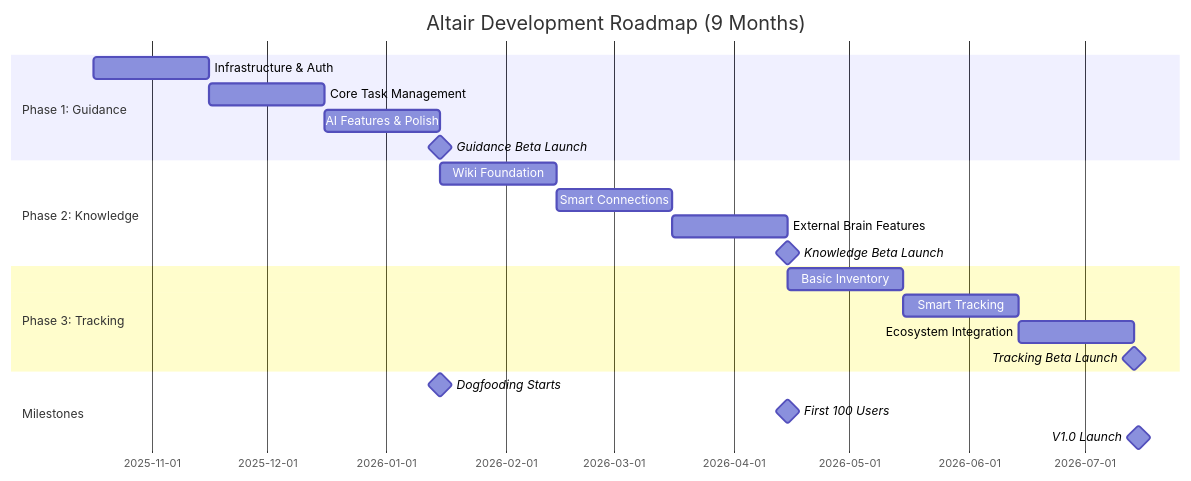
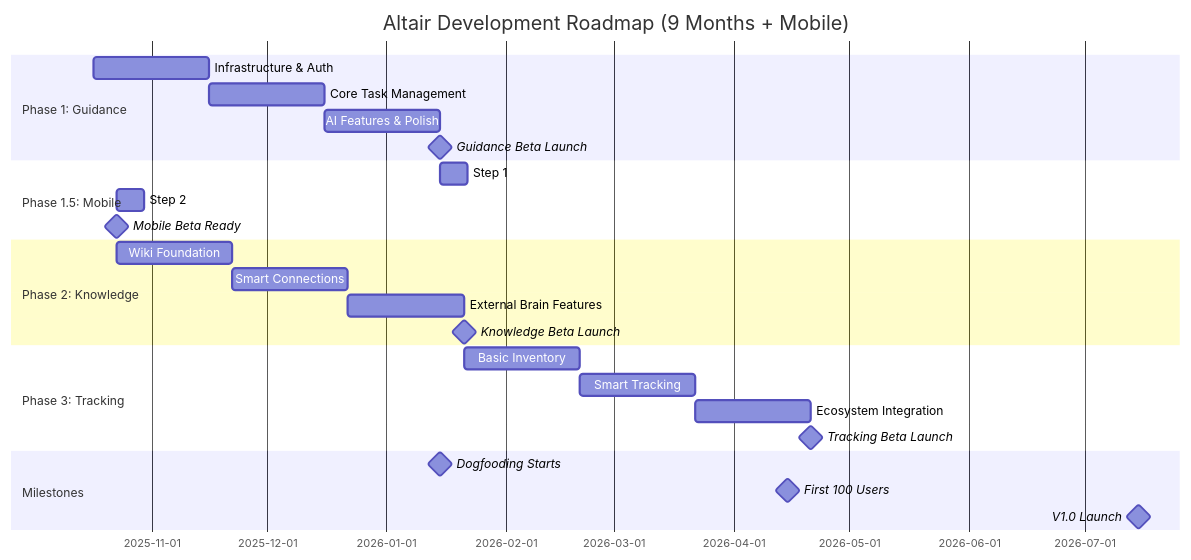
One commit to getaltair/altair changed the first of 6 diagrams in docs/DEVELOPMENT-ROADMAP.md. Above: the diagram before and after it, drawn with Mermaid. The commit also changed other lines of this file and 56 other files, not shown here.

First line of the commit message:
feat(mobile): complete Phase 1.5 with CI/CD and testing infrastructure (#28)

````diff
--- a/docs/DEVELOPMENT-ROADMAP.md
+++ b/docs/DEVELOPMENT-ROADMAP.md
@@ -28,27 +28,32 @@
 ```mermaid
 gantt
-    title Altair Development Roadmap (9 Months)
+    title Altair Development Roadmap (9 Months + Mobile)
     dateFormat  YYYY-MM-DD
     section Phase 1: Guidance
     Infrastructure & Auth       :a1, 2025-10-17, 30d
     Core Task Management       :a2, after a1, 30d
     AI Features & Polish       :a3, after a2, 30d
     Guidance Beta Launch       :milestone, after a3, 0d
 
+    section Phase 1.5: Mobile
+    Step 1: iOS Setup          :a4, after a3, 7d
+    Step 2: Optimization       :a5, after a4, 7d
+    Mobile Beta Ready          :milestone, after a5, 0d
+
     section Phase 2: Knowledge
-    Wiki Foundation            :b1, after a3, 30d
+    Wiki Foundation            :b1, after a5, 30d
     Smart Connections          :b2, after b1, 30d
     External Brain Features    :b3, after b2, 30d
     Knowledge Beta Launch      :milestone, after b3, 0d
 
     section Phase 3: Tracking
     Basic Inventory            :c1, after b3, 30d
     Smart Tracking             :c2, after c1, 30d
     Ecosystem Integration      :c3, after c2, 30d
     Tracking Beta Launch       :milestone, after c3, 0d
 
     section Milestones
     Dogfooding Starts          :milestone, 2026-01-15, 0d
     First 100 Users            :milestone, 2026-04-15, 0d
     V1.0 Launch               :milestone, 2026-07-15, 0d
 ```
````
